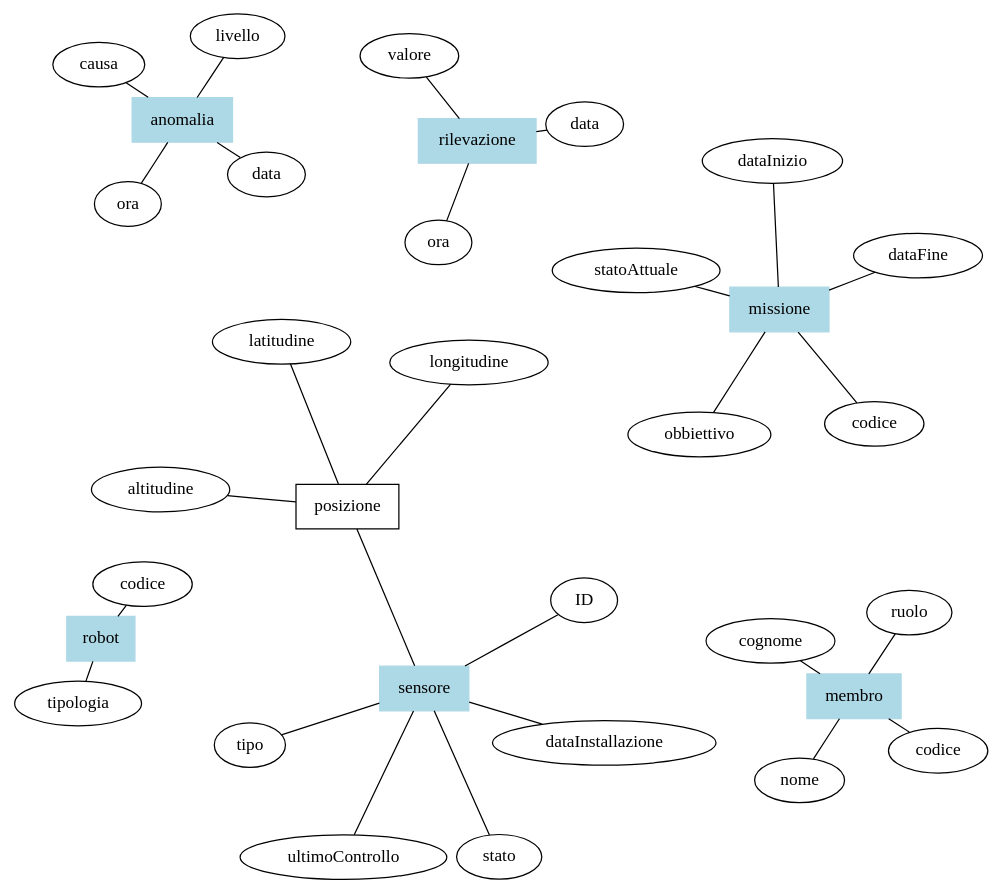
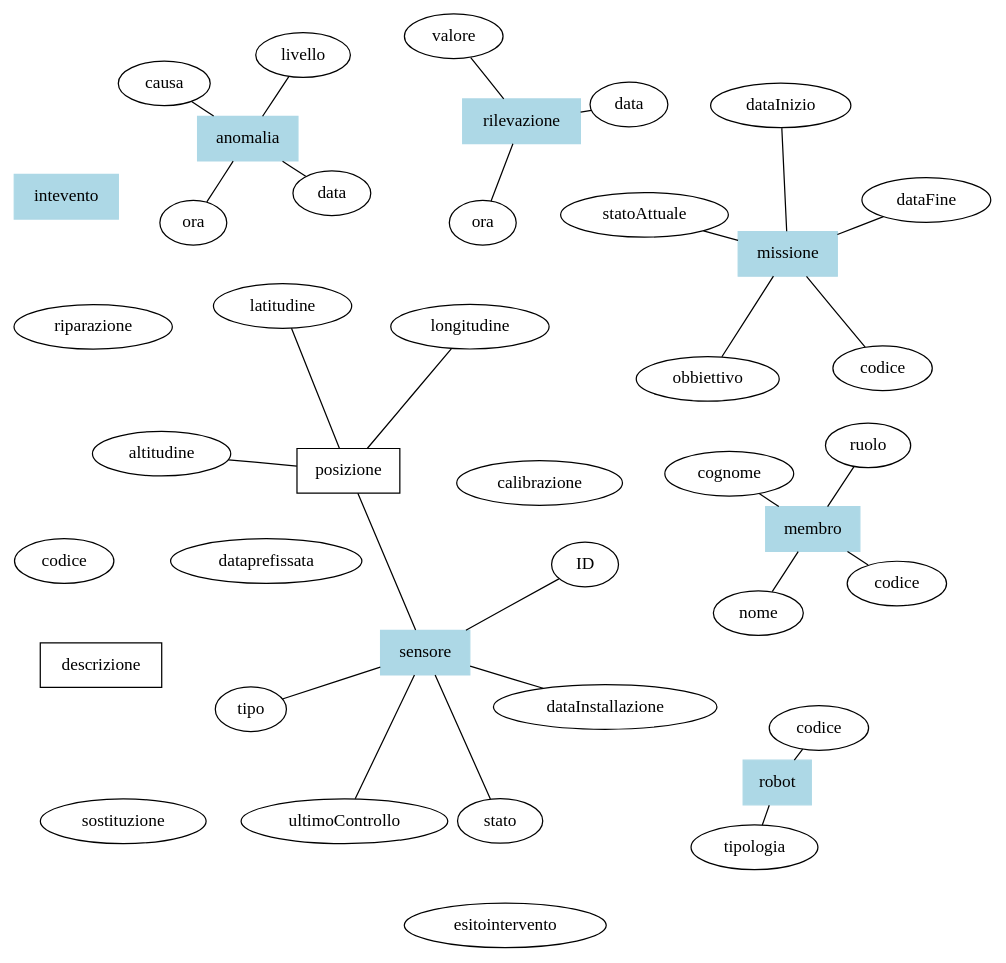
Before and after one commit to Air4x/Progetto-2024-25-DB: the diagram in Modello-ER.dot, drawn with Graphviz.

Commit message:
Aggiunto l'entita Intervento con relativi attributi

```diff
--- a/Modello-ER.dot
+++ b/Modello-ER.dot
@@ -1,70 +1,78 @@
 graph ER {
     layout=neato;
     overlap=false;
     // Entità
     /// Missione
     missione[shape="box", style=filled, color="lightblue"];
     missione_codice[label="codice"];
     missione_obbiettivo[label="obbiettivo"];
     missione_statoattuale[label="statoAttuale"];
     missione_dataFine[label="dataFine"];
     missione_dataInizio[label="dataInizio"];
     missione -- missione_codice;
     missione -- missione_obbiettivo;
     missione -- missione_statoattuale;
     missione -- missione_dataFine;
     missione -- missione_dataInizio;
     /// Membri dell'Equipaggio
     membro[shape="box", style=filled, color="lightblue"];
     membro_codice[label="codice"];
     membro_nome[label="nome"];
     membro_cognome[label="cognome"];
     membro_ruolo[label="ruolo"];
     membro -- membro_codice;
     membro -- membro_nome;
     membro -- membro_cognome;
     membro -- membro_ruolo;
     /// Sensori
     sensore[shape="box", style=filled, color="lightblue"];
     sensore_ID[label="ID"];
     sensore_posizione[shape="box", label="posizione"];
     sensore_pos_latitudine[label="latitudine"];
     sensore_pos_longitudine[label="longitudine"];
     sensore_pos_altitudine[label="altitudine"];
     sensore_tipo[label="tipo"];
     sensore_dataInstallazione[label="dataInstallazione"];
     sensore_ultimoControllo[label="ultimoControllo"];
     sensore_stato[label="stato"];
     sensore -- sensore_ID;
     sensore -- sensore_posizione;
     sensore_posizione -- sensore_pos_latitudine;
     sensore_pos_longitudine -- sensore_posizione -- sensore_pos_altitudine;
     sensore -- sensore_tipo;
     sensore -- sensore_dataInstallazione;
     sensore -- sensore_ultimoControllo;
     sensore -- sensore_stato;
     /// Robot
     robot[shape="box", style=filled, color="lightblue"];
     robot_codice[label="codice"];
     robot_tipo[label="tipologia"];
     robot_codice -- robot -- robot_tipo;
     /// Rilevazione
     rilevazione[shape="box", style=filled, color="lightblue"];
     rilevazione_data[label="data"];
     rilevazione_ora[label="ora"];
     rilevazione_valore[label="valore"];
     rilevazione_data -- rilevazione -- rilevazione_ora;
     rilevazione -- rilevazione_valore;
     /// Anomalia
     anomalia[shape="box", style=filled, color="lightblue"];
     anomalia_data[label="data"];
     anomalia_ora[label="ora"];
     anomalia_causa[label="causa"];
     anomalia_livello[label="livello"];
     anomalia_data -- anomalia -- anomalia_ora;
-    anomalia_causa -- anomalia -- anomalia_livello
+    anomalia_causa -- anomalia -- anomalia_livello;
     /// Intervento
+    intevento[shape="box", style=filled, color="lightblue"];
+    intevento_codice[label="codice"];
+    intevento_descrizione[shape="box", label="descrizione"];
+    intevento_descrizione_riparazione[label="riparazione"];
+    intevento_descrizione_calibrazione[label="calibrazione"];
+    intevento_descrizione_sostituzione[label="sostituzione"];
+    intevento_dataprefissata[label="dataprefissata"];
+    intevento_esitointervento[label="esitointervento"];
     /// Report
     // Relazioni
     // Varie ed Eventuali
 }
```
